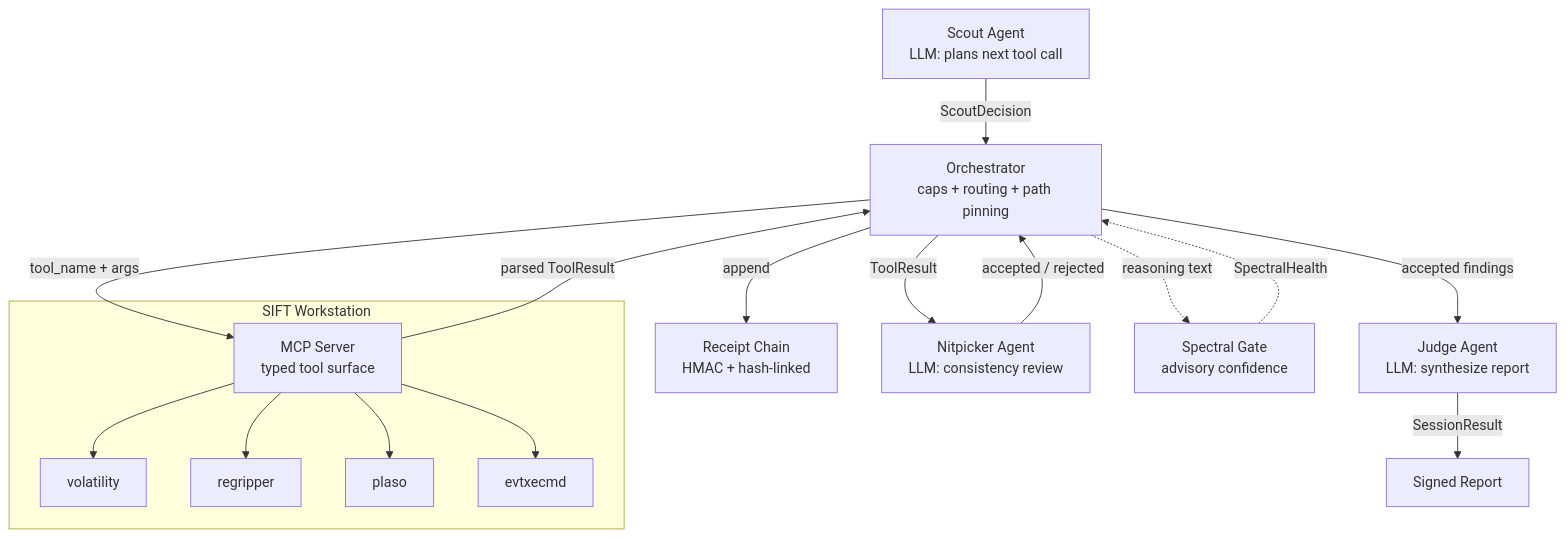
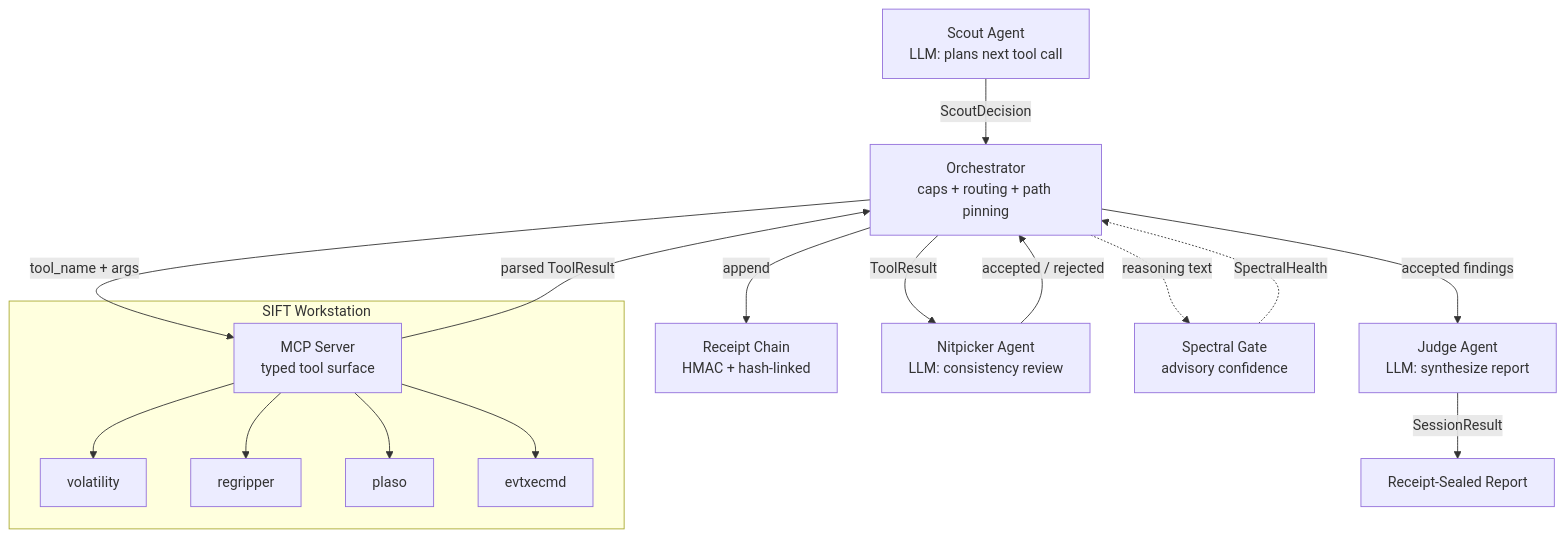
The diagram in README.md (holeyfield33-art/aletheia-sentinel), drawn with Mermaid before and after one commit. The commit also changed other lines of this file and 3 other files, not shown here.

First line of the commit message:
docs: final submission polish -- fix Mermaid rendering, relabel report node, add demo link, lint, doc audit

````diff
--- a/README.md
+++ b/README.md
@@ -100,20 +102,20 @@
 ```mermaid
 graph TD
-    A[Scout Agent\nLLM: plans next tool call] -->|ScoutDecision| B[Orchestrator\ncaps + routing + path pinning]
-    B -->|tool_name + args| C[MCP Server\ntyped tool surface]
+    A[Scout Agent<br/>LLM: plans next tool call] -->|ScoutDecision| B[Orchestrator<br/>caps + routing + path pinning]
+    B -->|tool_name + args| C[MCP Server<br/>typed tool surface]
     C -->|parsed ToolResult| B
-    B -->|append| D[Receipt Chain\nHMAC + hash-linked]
-    B -->|ToolResult| E[Nitpicker Agent\nLLM: consistency review]
+    B -->|append| D[Receipt Chain<br/>HMAC + hash-linked]
+    B -->|ToolResult| E[Nitpicker Agent<br/>LLM: consistency review]
     E -->|accepted / rejected| B
-    B -.->|reasoning text| F[Spectral Gate\nadvisory confidence]
+    B -.->|reasoning text| F[Spectral Gate<br/>advisory confidence]
     F -.->|SpectralHealth| B
-    B -->|accepted findings| G[Judge Agent\nLLM: synthesize report]
-    G -->|SessionResult| H[Signed Report]
+    B -->|accepted findings| G[Judge Agent<br/>LLM: synthesize report]
+    G -->|SessionResult| H[Receipt-Sealed Report]
 
     subgraph SIFT Workstation
         C --> I[volatility]
         C --> J[regripper]
         C --> K[plaso]
         C --> L[evtxecmd]
     end
 ```
````
